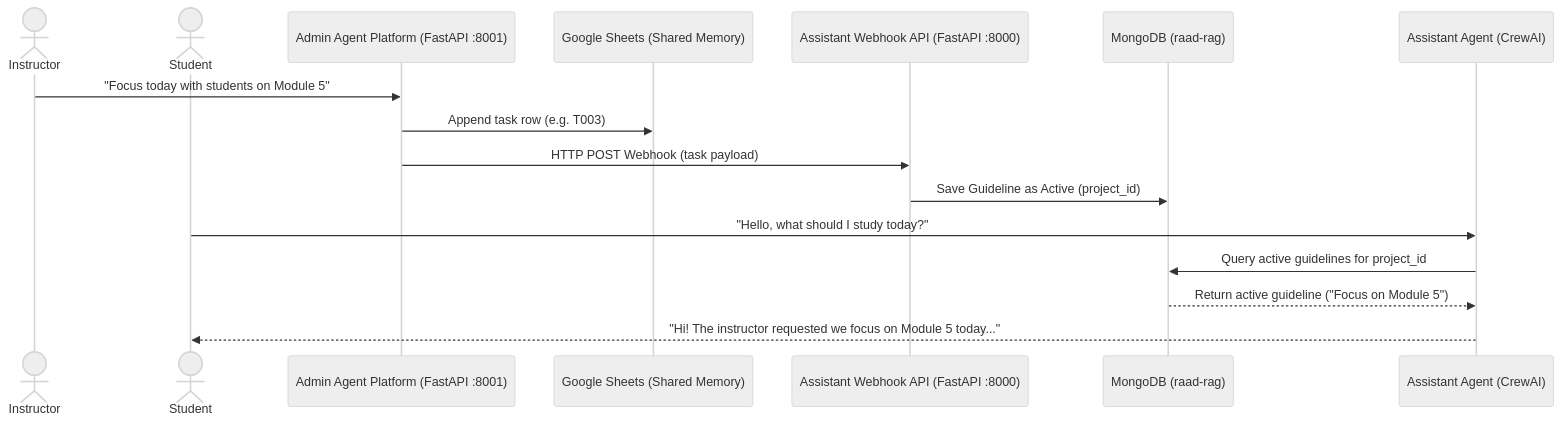
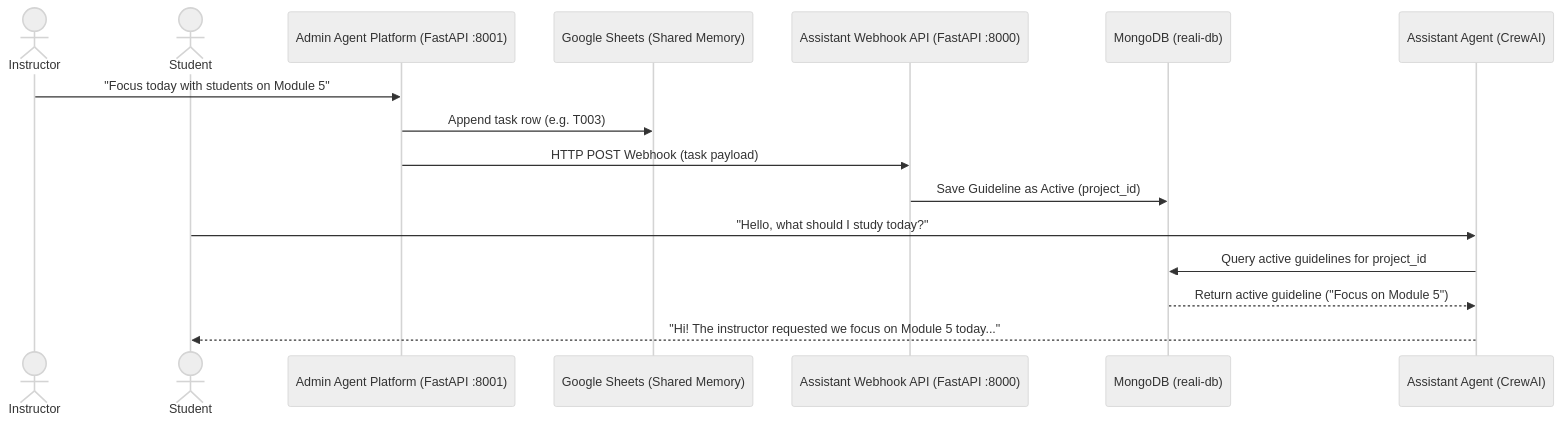
Before and after one commit to Gohar-Hany/real-i-ai-engine: the diagram in README.md, drawn with Mermaid (neutral theme). The commit also changed other lines of this file and 100 other files, not shown here.

Commit message:
feat: complete rebranding to REAL_i and migration to reali-db

````diff
--- a/README.md
+++ b/README.md
@@ -14,19 +14,19 @@
 ```mermaid
 sequenceDiagram
     actor Instructor
     actor Student
     participant Admin as Admin Agent Platform (FastAPI :8001)
     participant GS as Google Sheets (Shared Memory)
     participant Webhook as Assistant Webhook API (FastAPI :8000)
-    participant DB as MongoDB (raad-rag)
-    participant Raaed as Assistant Agent (CrewAI)
+    participant DB as MongoDB (reali-db)
+    participant REAL_i as Assistant Agent (CrewAI)
 
     Instructor->>Admin: "Focus today with students on Module 5"
     Admin->>GS: Append task row (e.g. T003)
     Admin->>Webhook: HTTP POST Webhook (task payload)
     Webhook->>DB: Save Guideline as Active (project_id)
-    Student->>Raaed: "Hello, what should I study today?"
-    Raaed->>DB: Query active guidelines for project_id
-    DB-->>Raaed: Return active guideline ("Focus on Module 5")
-    Raaed-->>Student: "Hi! The instructor requested we focus on Module 5 today..."
+    Student->>REAL_i: "Hello, what should I study today?"
+    REAL_i->>DB: Query active guidelines for project_id
+    DB-->>REAL_i: Return active guideline ("Focus on Module 5")
+    REAL_i-->>Student: "Hi! The instructor requested we focus on Module 5 today..."
 ```
````
